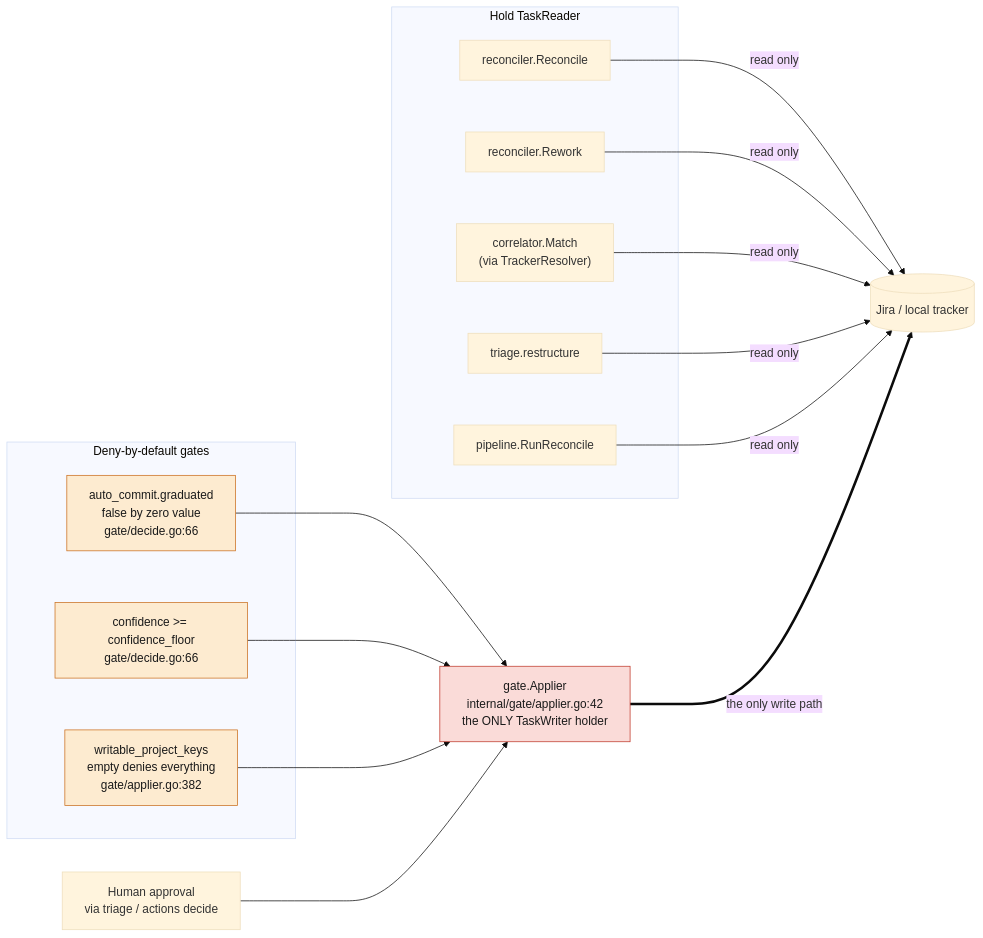
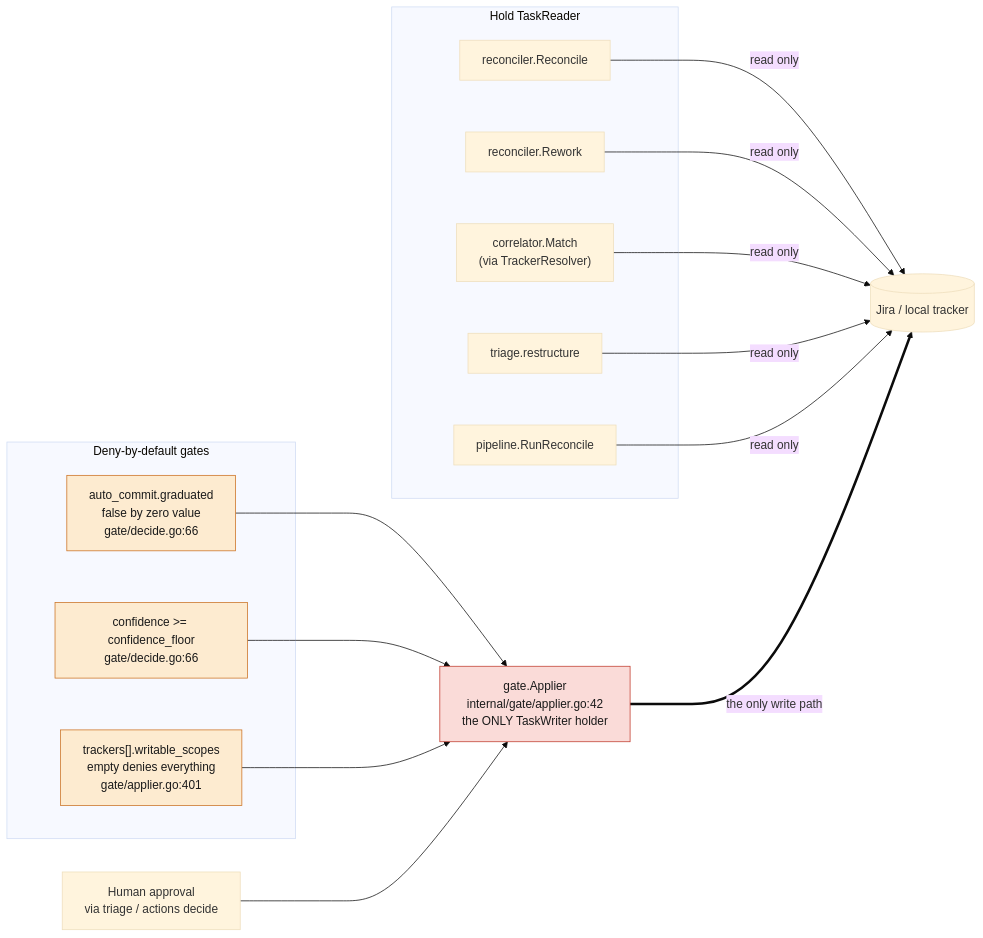
One commit to jcogilvie/unjira changed the second of 4 diagrams in docs/architecture.md. Above: the diagram before and after it, drawn with Mermaid (base theme). The commit also changed other lines of this file and 44 other files, not shown here.

````diff
--- a/docs/architecture.md
+++ b/docs/architecture.md
@@ -205,41 +205,41 @@
 ```mermaid
 ---
 config:
   nodeSpacing: 70
   rankSpacing: 130
 ---
 flowchart LR
     subgraph readers["Hold TaskReader"]
         R1["reconciler.Reconcile"]
         R2["reconciler.Rework"]
         R3["correlator.Match<br/>(via TrackerResolver)"]
         R4["triage.restructure"]
         R5["pipeline.RunReconcile"]
     end
 
     subgraph gates["Deny-by-default gates"]
         G1["auto_commit.graduated<br/>false by zero value<br/>gate/decide.go:66"]
         G2["confidence >= confidence_floor<br/>gate/decide.go:66"]
-        G3["writable_project_keys<br/>empty denies everything<br/>gate/applier.go:382"]
+        G3["trackers[].writable_scopes<br/>empty denies everything<br/>gate/applier.go:401"]
     end
 
     HUMAN["Human approval<br/>via triage / actions decide"]
     A["gate.Applier<br/>internal/gate/applier.go:42<br/>the ONLY TaskWriter holder"]
     TRACKER[("Jira / local tracker")]
 
     R1 -->|"read only"| TRACKER
     R2 -->|"read only"| TRACKER
     R3 -->|"read only"| TRACKER
     R4 -->|"read only"| TRACKER
     R5 -->|"read only"| TRACKER
     G1 --> A
     G2 --> A
     G3 --> A
     HUMAN --> A
     A ==>|"the only write path"| TRACKER
 
     classDef danger fill:#fadbd8,stroke:#c0392b,color:#1a1a1a
     classDef gate fill:#fdebd0,stroke:#ca6f1e,color:#1a1a1a
     class A danger
     class G1,G2,G3 gate
 ```
````
